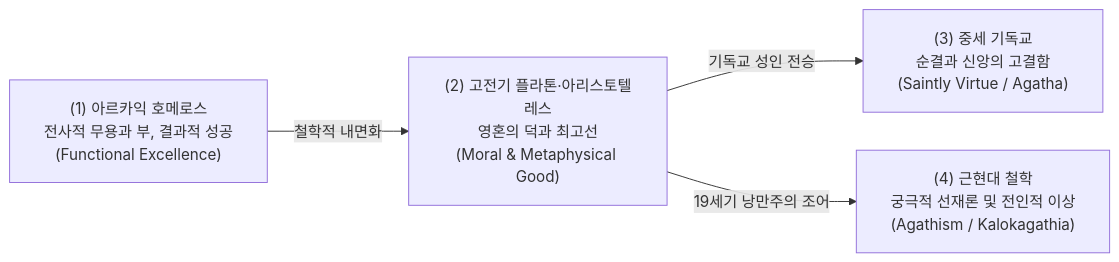
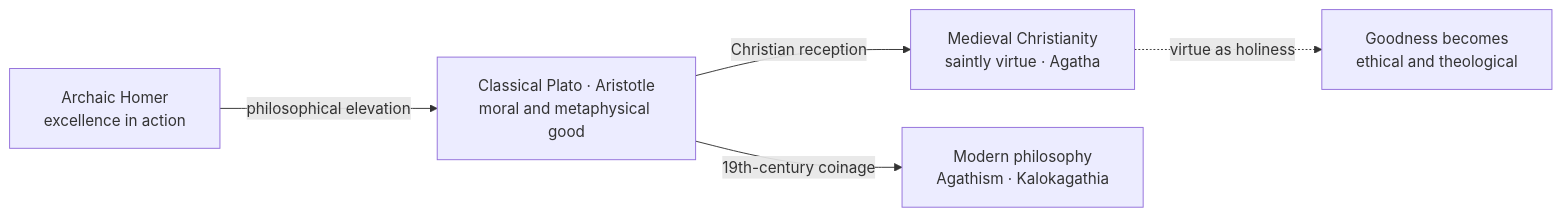
Before and after one commit to YgHnSIM/Homer_wiki: the second of 2 diagrams in words/word-agathos.md, drawn with Mermaid. The commit also changed other lines of this file, not shown here.

Commit message:
refactor(word-agathos): Type C etymology Mermaid

````diff
--- a/words/word-agathos.md
+++ b/words/word-agathos.md
@@ -118,7 +135,12 @@
 ```mermaid
 %%{init: {'flowchart': {'useMaxWidth': true, 'nodeSpacing': 40, 'rankSpacing': 56, 'padding': 18, 'subGraphTitleMargin': {'top': 18, 'bottom': 10}}}}%%
 flowchart LR
-    M1["(1) 아르카익 호메로스<br/>전사적 무용과 부, 결과적 성공<br/>(Functional Excellence)"] -->|철학적 내면화| M2["(2) 고전기 플라톤·아리스토텔레스<br/>영혼의 덕과 최고선<br/>(Moral & Metaphysical Good)"]
-    M2 -->|기독교 성인 전승| M3["(3) 중세 기독교<br/>순결과 신앙의 고결함<br/>(Saintly Virtue / Agatha)"]
-    M2 -->|19세기 낭만주의 조어| M4["(4) 근현대 철학<br/>궁극적 선재론 및 전인적 이상<br/>(Agathism / Kalokagathia)"]
+    M1["Archaic Homer<br/>excellence in action"]:::greek
+    M2["Classical Plato · Aristotle<br/>moral and metaphysical good"]:::greek
+    M3["Medieval Christianity<br/>saintly virtue · Agatha"]:::english
+    M4["Modern philosophy<br/>Agathism · Kalokagathia"]:::english
+    M1 -->|"philosophical elevation"| M2
+    M2 -->|"Christian reception"| M3
+    M2 -->|"19th-century coinage"| M4
+    M3 -.->|"virtue as holiness"| NOTE["Goodness becomes<br/>ethical and theological"]:::note
 ```
````
